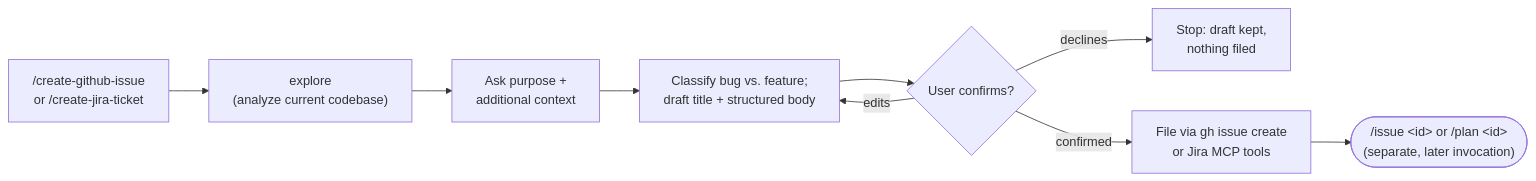
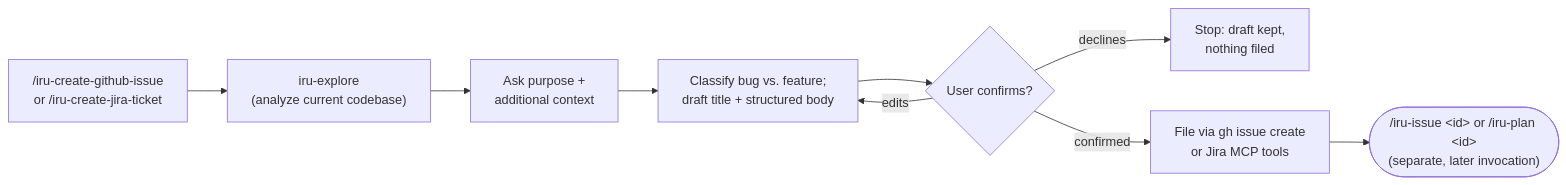
One commit to albertoirurueta/ai-catalog changed the second of 3 diagrams in docs/modules/ROOT/pages/guides/common-workflows.adoc. Above: the diagram before and after it, drawn with Mermaid. The commit also changed other lines of this file and 174 other files, not shown here.

```diff
--- a/docs/modules/ROOT/pages/guides/common-workflows.adoc
+++ b/docs/modules/ROOT/pages/guides/common-workflows.adoc
@@ -132,12 +132,12 @@
 [mermaid]
 ....
 flowchart LR
-    A["/create-github-issue\nor /create-jira-ticket"] --> B["explore\n(analyze current codebase)"]
+    A["/iru-create-github-issue\nor /iru-create-jira-ticket"] --> B["iru-explore\n(analyze current codebase)"]
     B --> C["Ask purpose +\nadditional context"]
     C --> D["Classify bug vs. feature;\ndraft title + structured body"]
     D --> E{"User confirms?"}
     E -- edits --> D
     E -- declines --> F["Stop: draft kept,\nnothing filed"]
     E -- confirmed --> G["File via gh issue create\nor Jira MCP tools"]
-    G --> H(["/issue &lt;id&gt; or /plan &lt;id&gt;\n(separate, later invocation)"])
+    G --> H(["/iru-issue &lt;id&gt; or /iru-plan &lt;id&gt;\n(separate, later invocation)"])
 ....
```
